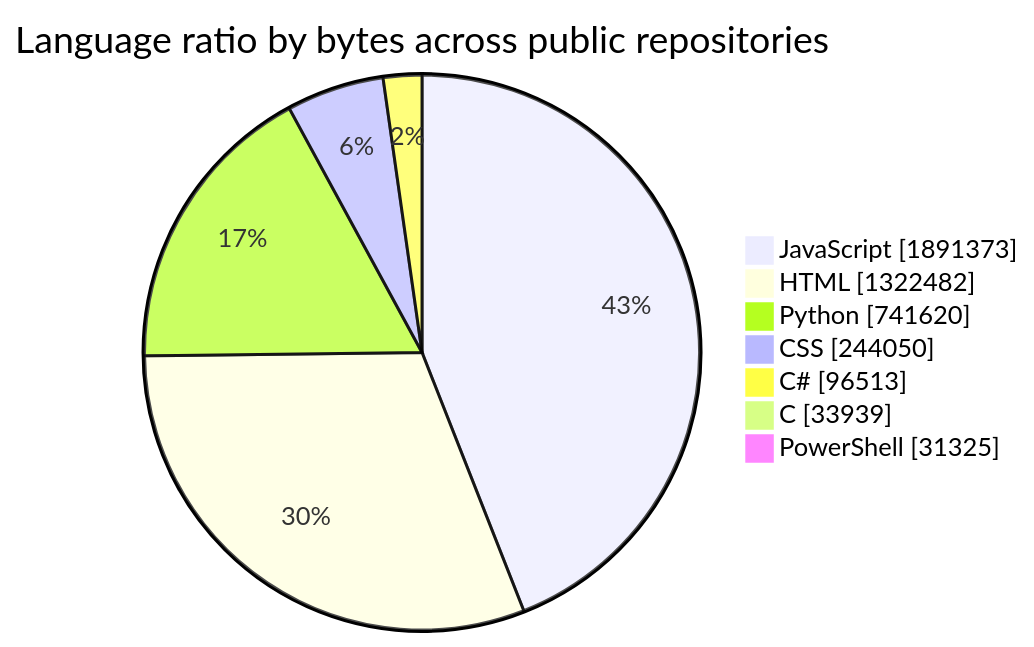
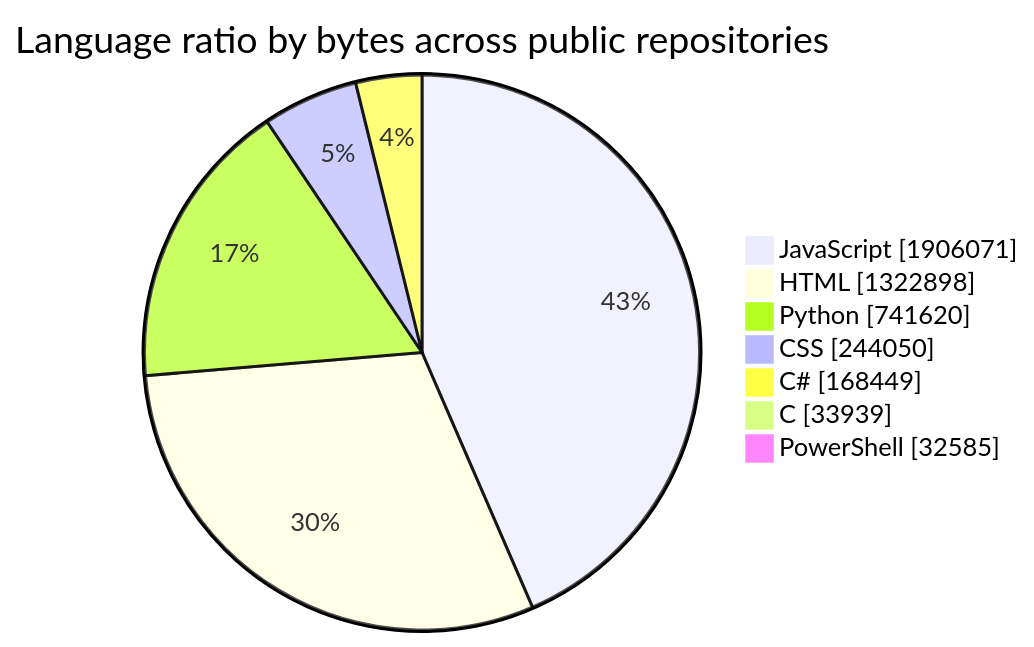
The first of 2 diagrams in README.md (tchinso/tchinso), drawn with Mermaid before and after one commit. The commit also changed other lines of this file, not shown here.

````diff
--- a/README.md
+++ b/README.md
@@ -24,11 +24,11 @@
 ```mermaid
 pie showData
     title Language ratio by bytes across public repositories
-    "JavaScript" : 1891373
-    "HTML" : 1322482
+    "JavaScript" : 1906071
+    "HTML" : 1322898
     "Python" : 741620
     "CSS" : 244050
-    "C#" : 96513
+    "C#" : 168449
     "C" : 33939
-    "PowerShell" : 31325
+    "PowerShell" : 32585
 ```
````
